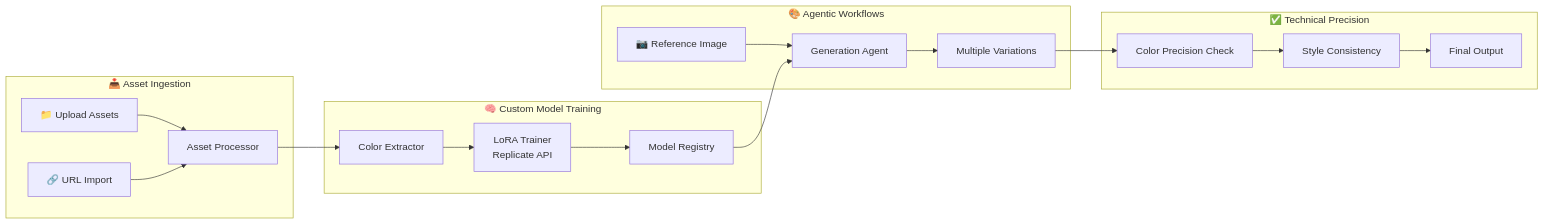
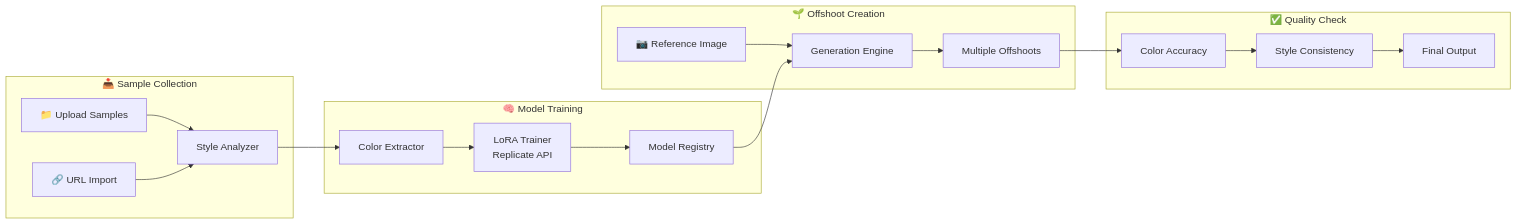
The diagram in README.md (GitGudAK/offshoot), drawn with Mermaid before and after one commit. The commit also changed other lines of this file and 6 other files, not shown here.

````diff
--- a/README.md
+++ b/README.md
@@ -18,25 +18,25 @@
 ```mermaid
 flowchart LR
-    subgraph Input["📥 Asset Ingestion"]
-        A[📁 Upload Assets] --> B[Asset Processor]
+    subgraph Input["📥 Sample Collection"]
+        A[📁 Upload Samples] --> B[Style Analyzer]
         A2[🔗 URL Import] --> B
     end
     
-    subgraph Training["🧠 Custom Model Training"]
+    subgraph Training["🧠 Model Training"]
         B --> C[Color Extractor]
         C --> D[LoRA Trainer<br/>Replicate API]
         D --> E[Model Registry]
     end
     
-    subgraph Generation["🎨 Agentic Workflows"]
-        F[📷 Reference Image] --> G[Generation Agent]
+    subgraph Generation["🌱 Offshoot Creation"]
+        F[📷 Reference Image] --> G[Generation Engine]
         E --> G
-        G --> H[Multiple Variations]
+        G --> H[Multiple Offshoots]
     end
     
-    subgraph Validation["✅ Technical Precision"]
-        H --> I[Color Precision Check]
+    subgraph Validation["✅ Quality Check"]
+        H --> I[Color Accuracy]
         I --> J[Style Consistency]
         J --> K[Final Output]
     end
 ```
````
